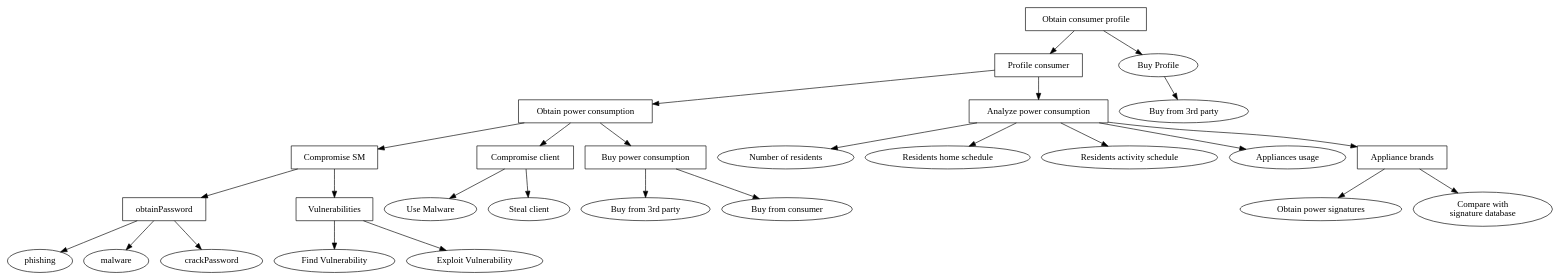
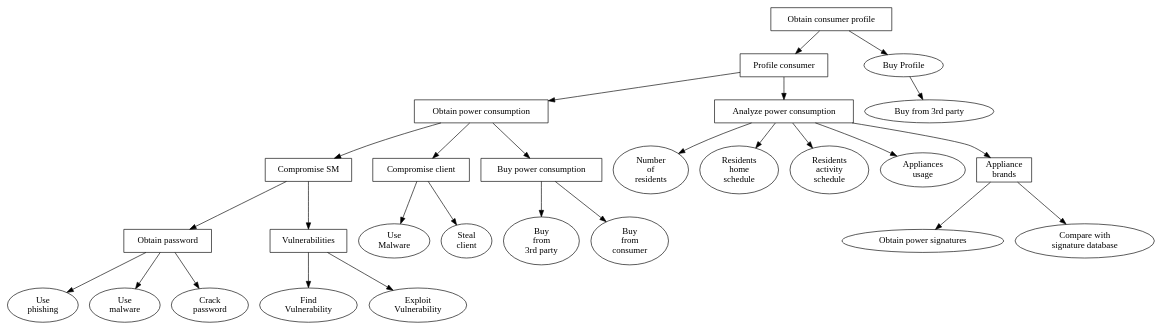
One commit to des904e15/report changed the diagram in figures/graphviz/information_stealing_vs_consumer_tree.dot. Above: the diagram before and after it, drawn with Graphviz. The commit also changed 1 other file, not shown here.

Commit message:
Review of information gatherer v consumer attack tree, with missing relabellings.

```diff
--- a/figures/graphviz/information_stealing_vs_consumer_tree.dot
+++ b/figures/graphviz/information_stealing_vs_consumer_tree.dot
@@ -1,60 +1,62 @@
 digraph G{
 	node [style=filled fillcolor=white]
 
 	root[label="Obtain consumer profile",shape=OR];	
 
 	root -> profile;
 	buyProfile[label="Buy Profile"];
 	root -> buyProfile;
 
 	buy_third_party2[label="Buy from 3rd party"];
 	buyProfile ->  buy_third_party2;
 
 	profile[label="Profile consumer",shape=AND];
 
 	obtain_information[label="Obtain power consumption",shape=OR];
 	analyse_power_consumption[label="Analyze power consumption",shape=OR];
 
 	compromise_sm[label="Compromise SM",shape=OR];
 	compromise_sm -> obtainPassword;
 	exploitVulnerability[label="Vulnerabilities"];
 		compromise_sm -> exploitVulnerability;
 
-		obtainPassword[shape=OR];
+		obtainPassword[label="Obtain password",shape=OR];
+		phishing[label="Use\nphishing"];
 		obtainPassword -> phishing;
-		malware2[label="malware"];
+		malware2[label="Use\nmalware"];
 		obtainPassword -> malware2;
+		crackPassword[label="Crack\npassword"];
 		obtainPassword -> crackPassword;
 
 		exploitVulnerability[shape=AND];
-		findVuln[label="Find Vulnerability"];
+		findVuln[label="Find\nVulnerability"];
 		exploitVulnerability -> findVuln;
-		exploitVuln[label="Exploit Vulnerability"];
+		exploitVuln[label="Exploit\nVulnerability"];
 		exploitVulnerability -> exploitVuln;
 
 		hack_client[label="Compromise client",shape=OR];
 		buy_information[label="Buy power consumption",shape=OR];
-	residents[label="Number of residents"];
-	home[label="Residents home schedule"];
-	activity_residents[label="Residents activity schedule"];
-	when_appl[label="Appliances usage"];
-	what_appl[label="Appliance brands",shape=AND];
+	residents[label="Number\nof\nresidents"];
+	home[label="Residents\nhome\nschedule"];
+	activity_residents[label="Residents\nactivity\nschedule"];
+	when_appl[label="Appliances\nusage"];
+	what_appl[label="Appliance\nbrands",shape=AND];
 
-	buy_third_party[label="Buy from 3rd party"];
-	buy_from_consumer[label="Buy from consumer"];
+	buy_third_party[label="Buy\nfrom\n3rd party"];
+	buy_from_consumer[label="Buy\nfrom\nconsumer"];
 	
-	malware[label="Use Malware"];
-	physical[label="Steal client"];
+	malware[label="Use\nMalware"];
+	physical[label="Steal\nclient"];
 	power_signatures[label="Obtain power signatures"];
 	power_compare[label="Compare with \nsignature database"];
 	
 
 	profile -> obtain_information, analyse_power_consumption;
 	obtain_information -> compromise_sm, hack_client, buy_information;
 	analyse_power_consumption ->  residents, activity_residents, home, when_appl, what_appl;
 	buy_information -> buy_third_party, buy_from_consumer;
 	hack_client -> malware, physical;
 
 	what_appl -> power_signatures, power_compare;
 	
 	}
```
